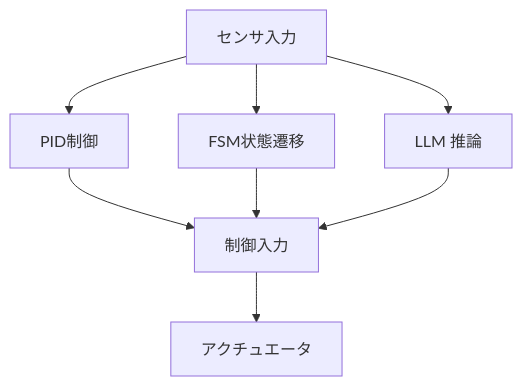
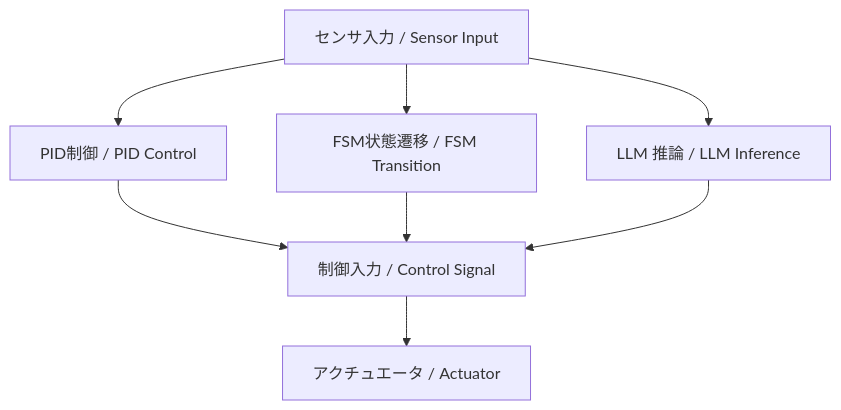
One commit to Samizo-AITL/EduController changed the diagram in part09_llm_hybrid/theory/01_fsm_pid_llm.md. Above: the diagram before and after it, drawn with Mermaid. The commit also changed other lines of this file, not shown here.

````diff
--- a/part09_llm_hybrid/theory/01_fsm_pid_llm.md
+++ b/part09_llm_hybrid/theory/01_fsm_pid_llm.md
@@ -100,12 +122,12 @@
 ```mermaid
 flowchart TB
-    S[センサ入力] --> P[PID制御]
-    S --> F[FSM状態遷移]
-    S --> L[LLM 推論]
+    S[センサ入力 / Sensor Input] --> P[PID制御 / PID Control]
+    S --> F[FSM状態遷移 / FSM Transition]
+    S --> L[LLM 推論 / LLM Inference]
 
-    P --> U[制御入力]
+    P --> U[制御入力 / Control Signal]
     F --> U
     L --> U
 
-    U --> A[アクチュエータ]
+    U --> A[アクチュエータ / Actuator]
 ```
````
